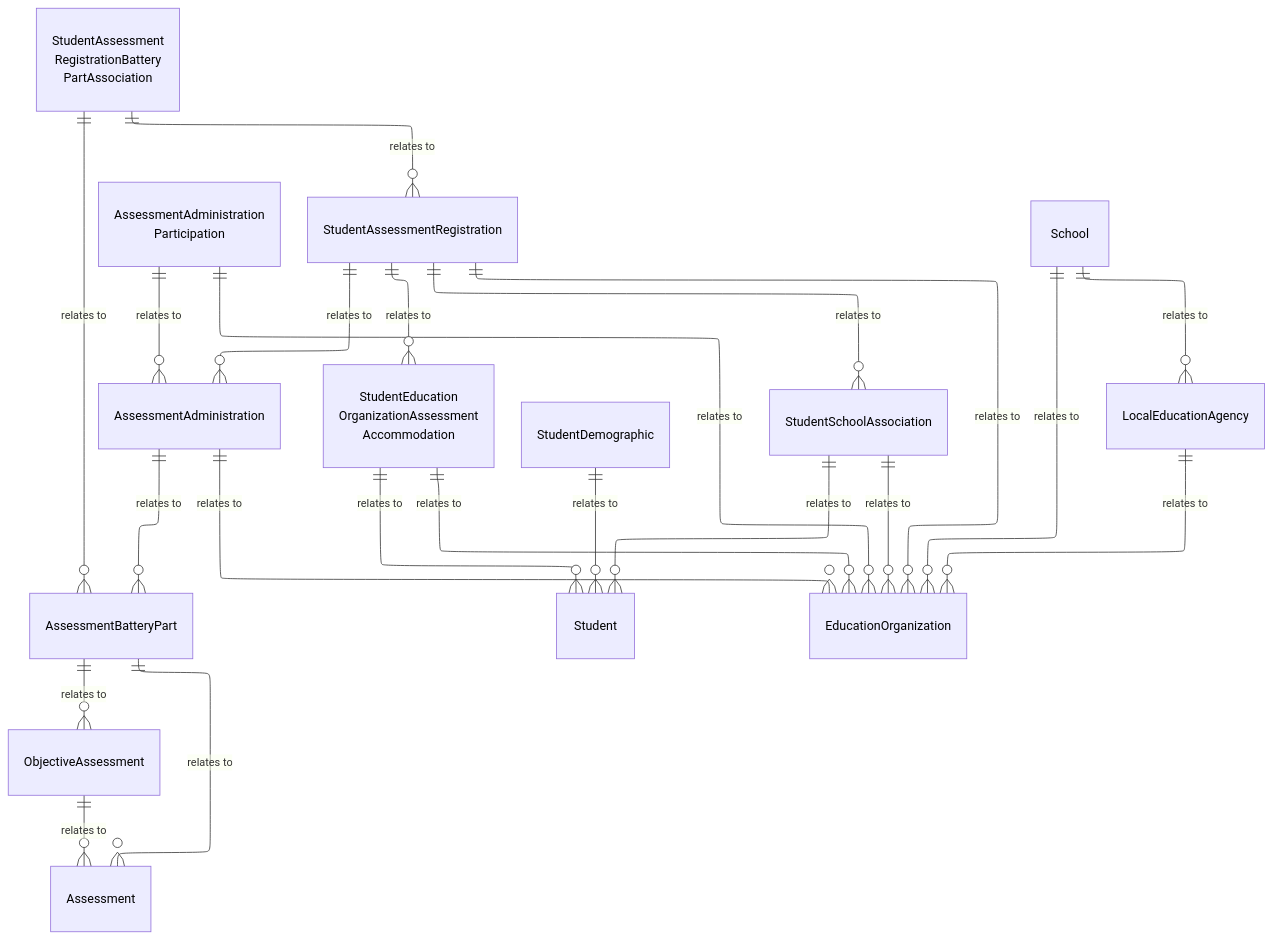
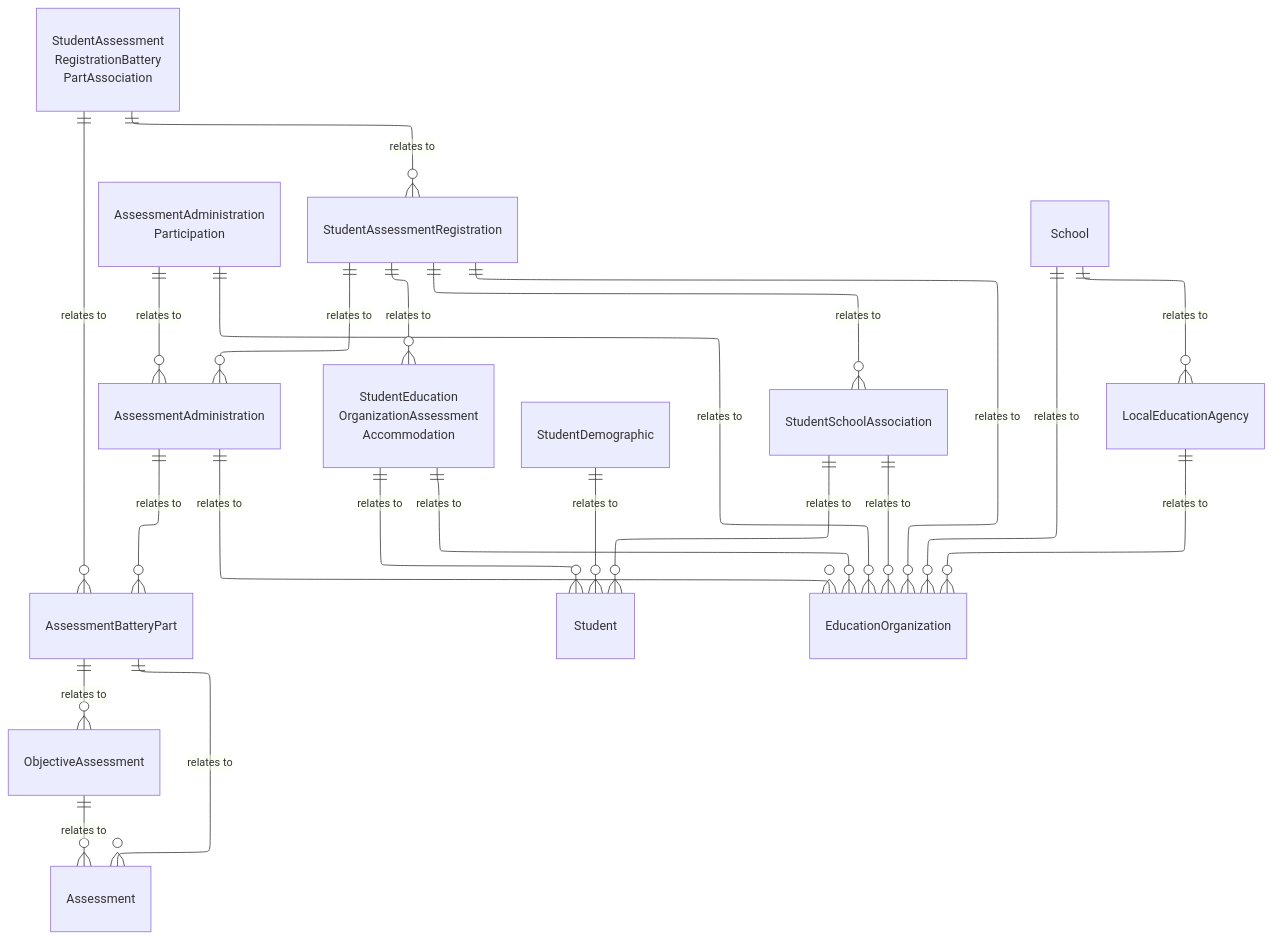
Before and after one commit to Ed-Fi-Alliance-OSS/ed-fi-alliance-oss.github.io: the diagram in dataStandard_versioned_docs/version-6/model-reference/assessment-registration-domain/model-diagrams.md, drawn with Mermaid. The commit also changed 24 other files, not shown here.

````diff
--- a/dataStandard_versioned_docs/version-6/model-reference/assessment-registration-domain/model-diagrams.md
+++ b/dataStandard_versioned_docs/version-6/model-reference/assessment-registration-domain/model-diagrams.md
@@ -11,70 +11,56 @@
 ```mermaid
 ---
 config:
   layout: elk
 ---
 erDiagram
     Assessment {
     }
     AssessmentAdministration {
     }
     AssessmentAdministrationParticipation["AssessmentAdministration<br/>Participation"] {
     }
     AssessmentBatteryPart {
     }
     ObjectiveAssessment {
     }
     StudentAssessmentRegistration {
     }
     StudentAssessmentRegistrationBatteryPartAssociation["StudentAssessment<br/>RegistrationBattery<br/>PartAssociation"] {
     }
     StudentEducationOrganizationAssessmentAccommodation["StudentEducation<br/>OrganizationAssessment<br/>Accommodation"] {
     }
     Student {
     }
     StudentDemographic {
     }
     StudentSchoolAssociation {
     }
     EducationOrganization {
     }
     LocalEducationAgency {
     }
     School {
     }
     School ||--o{ EducationOrganization : "relates to"
     School ||--o{ LocalEducationAgency : "relates to"
     LocalEducationAgency ||--o{ EducationOrganization : "relates to"
     AssessmentBatteryPart ||--o{ Assessment : "relates to"
     AssessmentBatteryPart ||--o{ ObjectiveAssessment : "relates to"
     ObjectiveAssessment ||--o{ Assessment : "relates to"
     AssessmentAdministration ||--o{ AssessmentBatteryPart : "relates to"
     AssessmentAdministration ||--o{ EducationOrganization : "relates to"
     AssessmentAdministrationParticipation ||--o{ AssessmentAdministration : "relates to"
     AssessmentAdministrationParticipation ||--o{ EducationOrganization : "relates to"
     StudentAssessmentRegistration ||--o{ AssessmentAdministration : "relates to"
     StudentAssessmentRegistration ||--o{ StudentSchoolAssociation : "relates to"
     StudentAssessmentRegistration ||--o{ EducationOrganization : "relates to"
     StudentAssessmentRegistration ||--o{ StudentEducationOrganizationAssessmentAccommodation : "relates to"
     StudentAssessmentRegistrationBatteryPartAssociation ||--o{ StudentAssessmentRegistration : "relates to"
     StudentAssessmentRegistrationBatteryPartAssociation ||--o{ AssessmentBatteryPart : "relates to"
     StudentEducationOrganizationAssessmentAccommodation ||--o{ Student : "relates to"
     StudentEducationOrganizationAssessmentAccommodation ||--o{ EducationOrganization : "relates to"
     StudentSchoolAssociation ||--o{ Student : "relates to"
     StudentSchoolAssociation ||--o{ EducationOrganization : "relates to"
     StudentDemographic ||--o{ Student : "relates to"
-    style Assessment color:#000000
-    style AssessmentAdministration color:#000000
-    style AssessmentAdministrationParticipation color:#000000
-    style AssessmentBatteryPart color:#000000
-    style ObjectiveAssessment color:#000000
-    style StudentAssessmentRegistration color:#000000
-    style StudentAssessmentRegistrationBatteryPartAssociation color:#000000
-    style StudentEducationOrganizationAssessmentAccommodation color:#000000
-    style Student color:#000000
-    style StudentDemographic color:#000000
-    style StudentSchoolAssociation color:#000000
-    style EducationOrganization color:#000000
-    style LocalEducationAgency color:#000000
-    style School color:#000000
 ```
````
